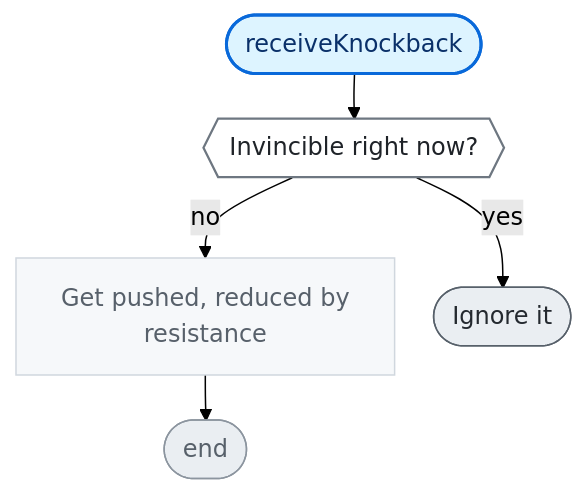
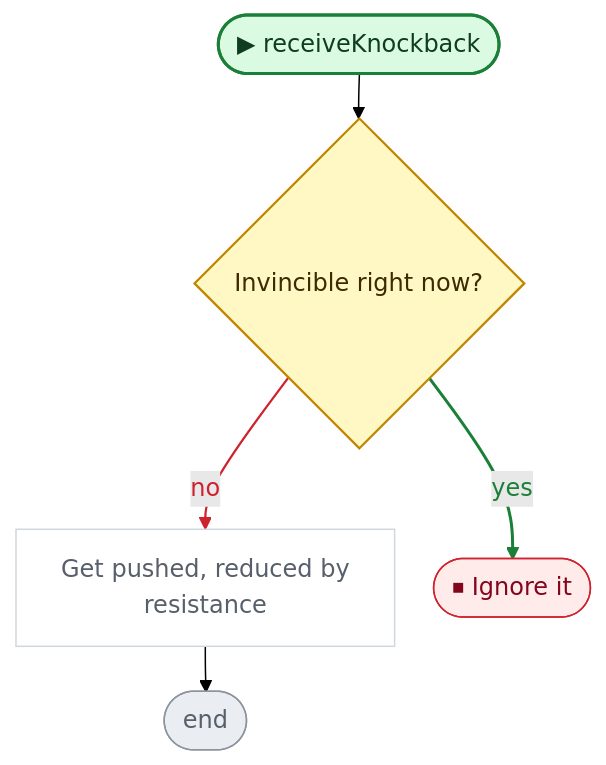
Before and after one commit to nataiai/Lord-of-the-Dungeon: diagram 15 of 15 in CodeGraph~/graph/Player.cs.md, drawn with Mermaid (forest theme). The commit also changed other lines of this file and 44 other files, not shown here.

````diff
--- a/CodeGraph~/graph/Player.cs.md
+++ b/CodeGraph~/graph/Player.cs.md
@@ -774,34 +911,40 @@
 ```mermaid
 ---
 config:
   flowchart:
     wrappingWidth: 260
     nodeSpacing: 26
     rankSpacing: 30
 ---
 flowchart TD
-  nS(["receiveKnockback"])
-  nae1302{{"Invincible right now?"}}
+  nS(["▶ receiveKnockback"])
+  nae1302{"Invincible right now?"}
   ndd2306["Get pushed, reduced by<br>resistance"]
   nE(["end"])
-  nb2e4fc(["Ignore it"])
+  nb2e4fc(["⏹ Ignore it"])
   nS --> nae1302
   nae1302 -->|no| ndd2306
   nae1302 -->|yes| nb2e4fc
   ndd2306 --> nE
-  classDef unity fill:#fff1c2,stroke:#9a6700,stroke-width:2px,color:#3b2300
-  classDef start fill:#ddf4ff,stroke:#0969da,stroke-width:2px,color:#0a3069
-  classDef calc fill:#f6f8fa,stroke:#d0d7de,color:#57606a
-  classDef calls fill:#ffffff,stroke:#0969da,stroke-width:2.5px,color:#0a3069
-  classDef cond fill:#ffffff,stroke:#6e7781,stroke-width:1.5px,color:#1f2328
-  classDef loop fill:#fbefff,stroke:#8250df,color:#3e1f79
-  classDef exit fill:#eaeef2,stroke:#57606a,color:#24292f
-  classDef wait fill:#fff8f0,stroke:#bc4c00,color:#4d1d00
+  linkStyle 1 stroke:#cf222e,stroke-width:1.5px,color:#cf222e
+  linkStyle 2 stroke:#1a7f37,stroke-width:2px,color:#1a7f37
+  classDef unity fill:#dafbe1,stroke:#1a7f37,stroke-width:2px,color:#0f3d1d
+  classDef start fill:#dafbe1,stroke:#1a7f37,stroke-width:2px,color:#0f3d1d
+  classDef calc fill:#ffffff,stroke:#d0d7de,color:#57606a
+  classDef calls fill:#ddf4ff,stroke:#0969da,stroke-width:2px,color:#0a3069
+  classDef ext fill:#ddf4ff,stroke:#0969da,stroke-width:2px,stroke-dasharray:5 3,color:#0a3069
+  classDef cond fill:#fff8c5,stroke:#bf8700,stroke-width:1.5px,color:#3d2a00
+  classDef loop fill:#f6f8fa,stroke:#57606a,color:#1f2328
+  classDef exit fill:#ffebe9,stroke:#cf222e,color:#82071e
+  classDef kill fill:#ffebe9,stroke:#cf222e,stroke-width:2px,color:#82071e
+  classDef spawn fill:#dafbe1,stroke:#1a7f37,stroke-width:2px,color:#0f3d1d
+  classDef wait fill:#fff1e5,stroke:#bc4c00,color:#4d1d00
   classDef fin fill:#eaeef2,stroke:#8c959f,color:#57606a
   classDef join fill:#d0d7de,stroke:#8c959f,color:#57606a
+  classDef ghdr fill:#f5f9ff,stroke:#f5f9ff,color:#0a3069,font-weight:bold
   class ndd2306 calc
   class nae1302 cond
   class nb2e4fc exit
   class nE fin
   class nS start
 ```
````
